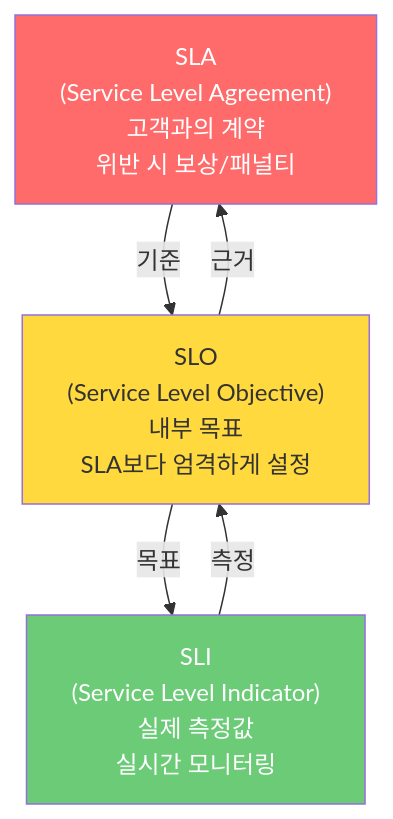
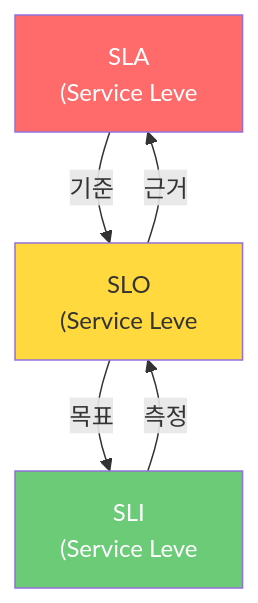
Before and after one commit to yjkim2015/yjkim2015.github.io: the second of 8 diagrams in _posts/monitoring/2026-05-03-sre-golden-signals.md, drawn with Mermaid. The commit also changed other lines of this file and 271 other files, not shown here.

First line of the commit message:
Mermaid 라벨 축소: 긴 노드 텍스트 18자 이하로 트림 + \n 제거

````diff
--- a/_posts/monitoring/2026-05-03-sre-golden-signals.md
+++ b/_posts/monitoring/2026-05-03-sre-golden-signals.md
@@ -170,13 +170,13 @@
 ```mermaid
 graph TD
-    SLA["SLA\n(Service Level Agreement)\n고객과의 계약\n위반 시 보상/패널티"]
-    SLO["SLO\n(Service Level Objective)\n내부 목표\nSLA보다 엄격하게 설정"]
-    SLI["SLI\n(Service Level Indicator)\n실제 측정값\n실시간 모니터링"]
+    SLA["SLA\n(Service Leve"]
+    SLO["SLO\n(Service Leve"]
+    SLI["SLI\n(Service Leve"]
     SLI -->|"측정"| SLO
     SLO -->|"근거"| SLA
     SLA -->|"기준"| SLO
     SLO -->|"목표"| SLI
     style SLA fill:#ff6b6b,color:#fff
     style SLO fill:#ffd93d,color:#333
     style SLI fill:#6bcb77,color:#fff
 ```
````
